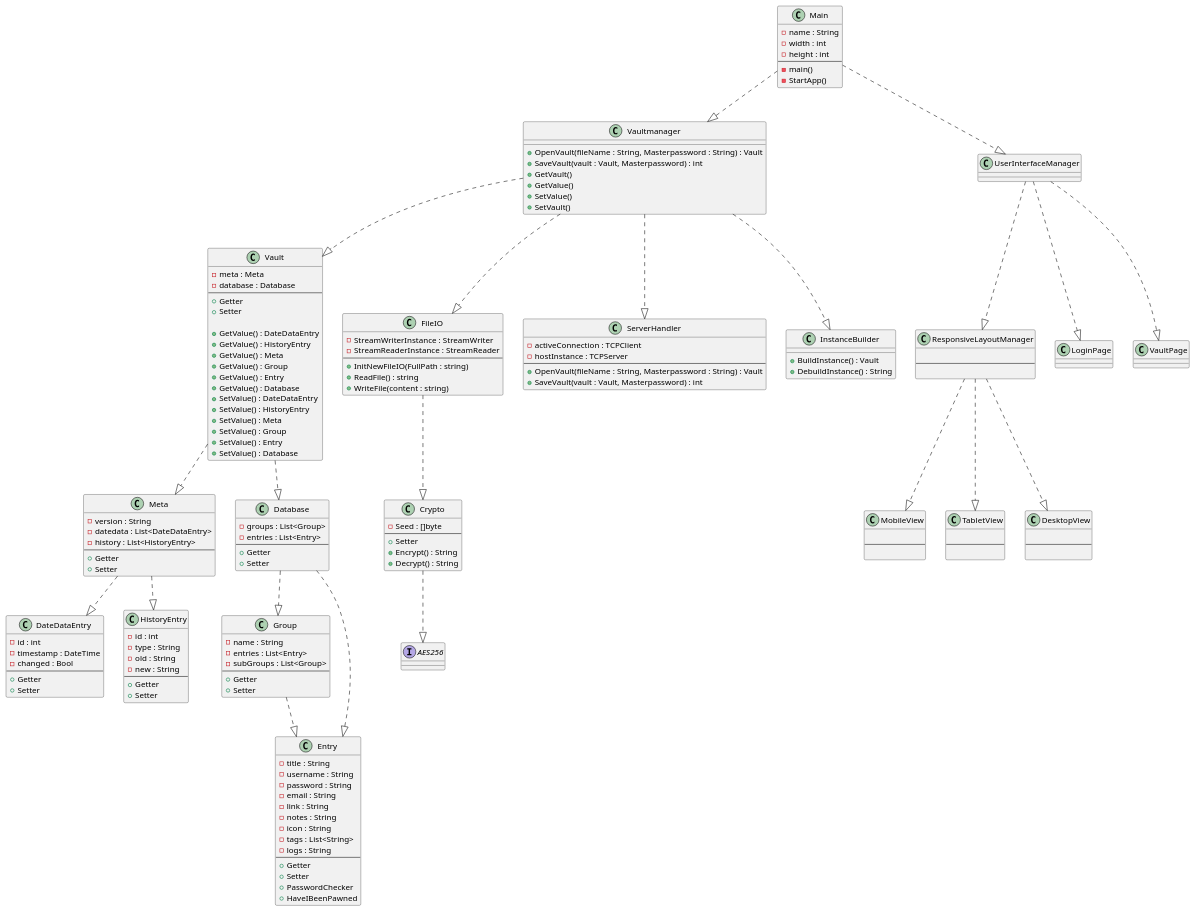
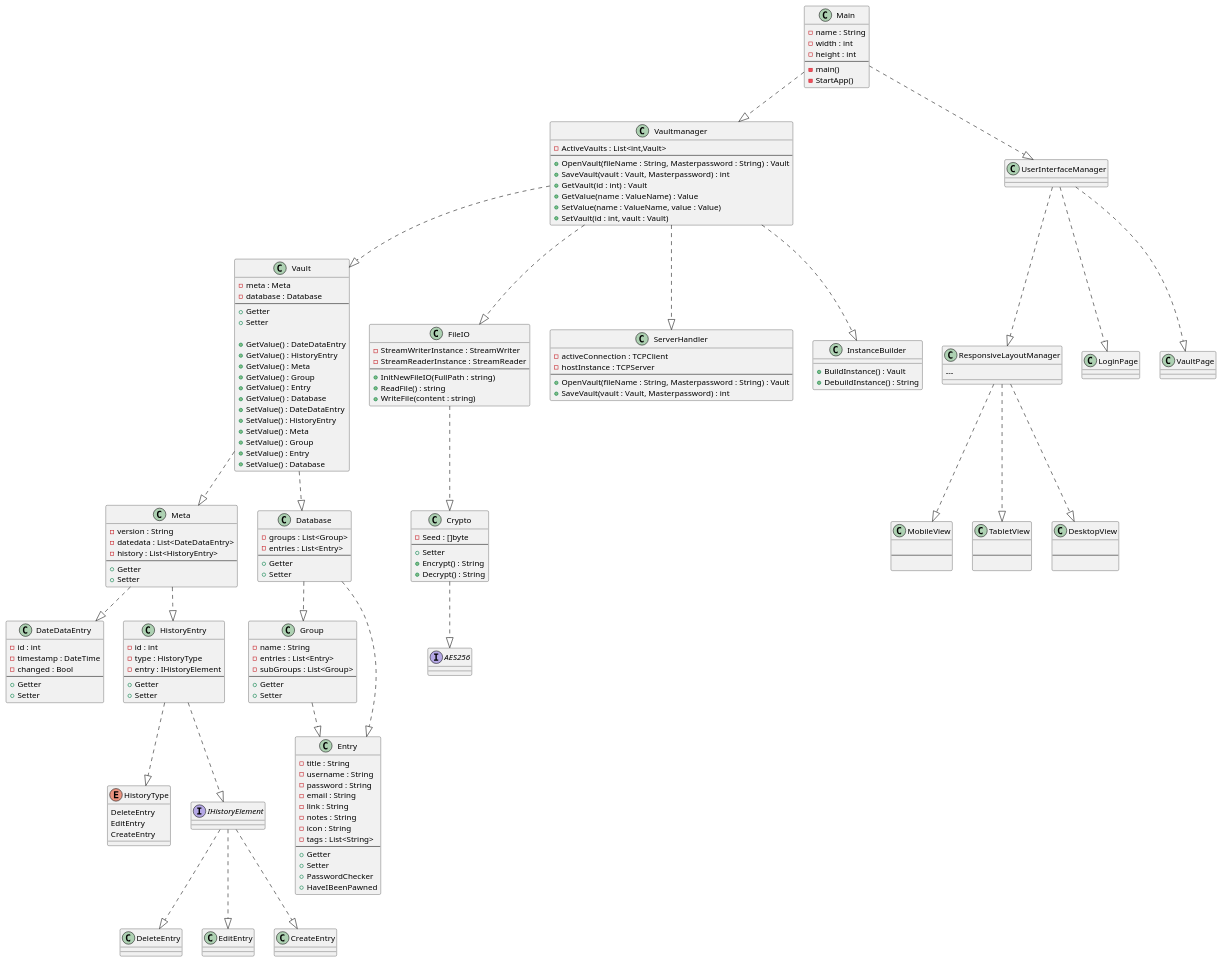
Before and after one commit to rogue4u/SWEP-Passwordmanager: the diagram in docs/ClassDiagram.plantuml, drawn with PlantUML.

```diff
--- a/docs/ClassDiagram.plantuml
+++ b/docs/ClassDiagram.plantuml
@@ -3,186 +3,193 @@
 @startuml ClassDiagram
 
 Main ..|> Vaultmanager
 Main ..|> UserInterfaceManager
 class Main {
     - name : String
     - width : int
     - height : int
     ---
     - main()
     - StartApp()
 }
 
 Vault ..|> Meta
 Vault ..|> Database
 class Vault {
     - meta : Meta
     - database : Database
     ---
     + Getter
     + Setter
 
     + GetValue() : DateDataEntry
     + GetValue() : HistoryEntry
     + GetValue() : Meta
     + GetValue() : Group
     + GetValue() : Entry
     + GetValue() : Database
     + SetValue() : DateDataEntry
     + SetValue() : HistoryEntry
     + SetValue() : Meta
     + SetValue() : Group
     + SetValue() : Entry
     + SetValue() : Database
 }
 
 Meta ..|> DateDataEntry
 Meta ..|> HistoryEntry
 class Meta {
     - version : String
     - datedata : List<DateDataEntry>
     - history : List<HistoryEntry>
     ---
     + Getter
     + Setter
 }
 
 class DateDataEntry {
     - id : int
     - timestamp : DateTime
     - changed : Bool
     ---
     + Getter
     + Setter
 }
-
+HistoryEntry ..|> HistoryType
+HistoryEntry ..|> IHistoryElement
 class HistoryEntry {
     - id : int
-    - type : String
-    - old : String
-    - new : String
+    - type : HistoryType
+    - entry : IHistoryElement
     ---
     + Getter
     + Setter
 }
+enum HistoryType {
+    DeleteEntry
+    EditEntry
+    CreateEntry
+}
+IHistoryElement ..|> DeleteEntry
+IHistoryElement ..|> EditEntry
+IHistoryElement ..|> CreateEntry
+interface IHistoryElement
+class DeleteEntry
+class EditEntry
+class EditEntry
 
 Database ..|> Group
 Database ..|> Entry
 class Database {
     - groups : List<Group>
     - entries : List<Entry>
     ---
     + Getter
     + Setter
 }
 
 Group ..|> Entry
 class Group {
     - name : String
     - entries : List<Entry>
     - subGroups : List<Group>
     ---
     + Getter
     + Setter
 }
 
 class Entry {
     - title : String
     - username : String
     - password : String
     - email : String
     - link : String
     - notes : String
     - icon : String
     - tags : List<String>
-    - logs : String
     ---
     + Getter
     + Setter
     + PasswordChecker
     + HaveIBeenPawned
 }
 
 Vaultmanager ..|> FileIO
 Vaultmanager ..|> Vault
 Vaultmanager ..|> ServerHandler
 Vaultmanager ..|> InstanceBuilder
 class Vaultmanager {
+    - ActiveVaults : List<int,Vault>
+    ---
     + OpenVault(fileName : String, Masterpassword : String) : Vault
     + SaveVault(vault : Vault, Masterpassword) : int
-    + GetVault()
-    + GetValue()
-    + SetValue()
-    + SetVault()
+    + GetVault(id : int) : Vault
+    + GetValue(name : ValueName) : Value
+    + SetValue(name : ValueName, value : Value)
+    + SetVault(id : int, vault : Vault)
 }
 FileIO ..|> Crypto
 class FileIO {
     - StreamWriterInstance : StreamWriter
     - StreamReaderInstance : StreamReader
     ---
     + InitNewFileIO(FullPath : string)
     + ReadFile() : string
     + WriteFile(content : string)
 }
 
 class ServerHandler {
     - activeConnection : TCPClient
     - hostInstance : TCPServer
     ---
     + OpenVault(fileName : String, Masterpassword : String) : Vault
     + SaveVault(vault : Vault, Masterpassword) : int
 }
 
 class InstanceBuilder {
     + BuildInstance() : Vault
     + DebuildInstance() : String
 }
 
 Crypto ..|> AES256
 class Crypto {
     - Seed : []byte
     ---
     + Setter
     + Encrypt() : String
     + Decrypt() : String
 }
 
 interface AES256 {}
 
 UserInterfaceManager ..|> ResponsiveLayoutManager
 UserInterfaceManager ..|> LoginPage
 UserInterfaceManager ..|> VaultPage
-class UserInterfaceManager {
-
-}
-class LoginPage  {
-
-}
-class VaultPage {
-
-}
+class UserInterfaceManager {}
+class LoginPage  {}
+class VaultPage {}
 ResponsiveLayoutManager ..|> MobileView
 ResponsiveLayoutManager ..|> TabletView
 ResponsiveLayoutManager ..|> DesktopView
 class ResponsiveLayoutManager {
+
+    ---
     
-    ---
-
 }
 class MobileView {
     
     ---
 
 }
 class TabletView {
     
     ---
 
 }
 class DesktopView {
     
     ---
 
 }
 
 @enduml
```
